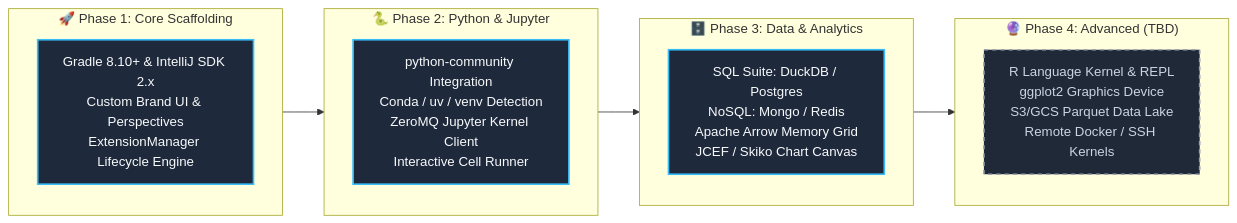
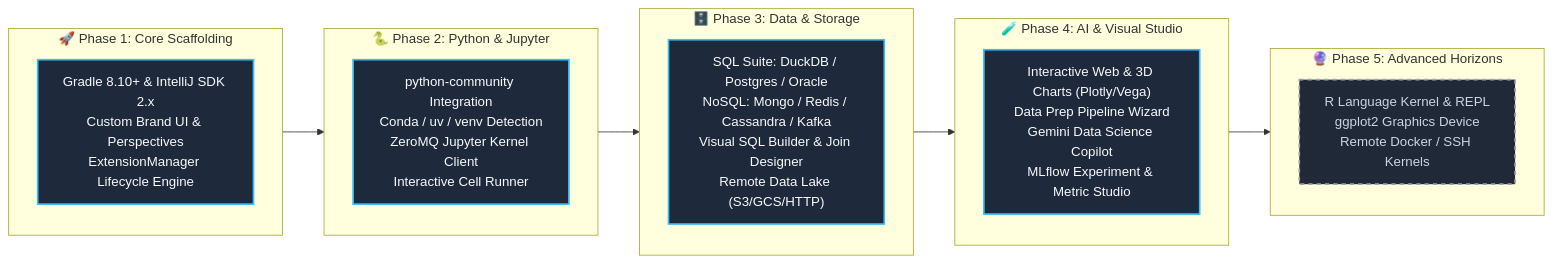
One commit to indoctrinatedrecluse/J-rmungandr changed the fourth of 4 diagrams in README.md. Above: the diagram before and after it, drawn with Mermaid. The commit also changed other lines of this file and 31 other files, not shown here.

First line of the commit message:
feat(analytics): add visual sql builder, data copilot, data lake explorer, and ml experiment studio

````diff
--- a/README.md
+++ b/README.md
@@ -257,27 +264,32 @@
 ```mermaid
 flowchart LR
     classDef phase fill:#1e293b,stroke:#38bdf8,stroke-width:2px,color:#f8fafc;
     classDef future fill:#1f2937,stroke:#9ca3af,stroke-width:2px,stroke-dasharray: 5 5,color:#cbd5e1;
 
     subgraph P1["🚀 Phase 1: Core Scaffolding"]
         M1["Gradle 8.10+ & IntelliJ SDK 2.x<br/>Custom Brand UI & Perspectives<br/>ExtensionManager Lifecycle Engine"]
     end
     class P1,M1 phase;
 
     subgraph P2["🐍 Phase 2: Python & Jupyter"]
         M2["python-community Integration<br/>Conda / uv / venv Detection<br/>ZeroMQ Jupyter Kernel Client<br/>Interactive Cell Runner"]
     end
     class P2,M2 phase;
 
-    subgraph P3["🗄️ Phase 3: Data & Analytics"]
-        M3["SQL Suite: DuckDB / Postgres<br/>NoSQL: Mongo / Redis<br/>Apache Arrow Memory Grid<br/>JCEF / Skiko Chart Canvas"]
+    subgraph P3["🗄️ Phase 3: Data & Storage"]
+        M3["SQL Suite: DuckDB / Postgres / Oracle<br/>NoSQL: Mongo / Redis / Cassandra / Kafka<br/>Visual SQL Builder & Join Designer<br/>Remote Data Lake (S3/GCS/HTTP)"]
     end
     class P3,M3 phase;
 
-    subgraph P4["🔮 Phase 4: Advanced (TBD)"]
-        M4["R Language Kernel & REPL<br/>ggplot2 Graphics Device<br/>S3/GCS Parquet Data Lake<br/>Remote Docker / SSH Kernels"]
+    subgraph P4["🧪 Phase 4: AI & Visual Studio"]
+        M4["Interactive Web & 3D Charts (Plotly/Vega)<br/>Data Prep Pipeline Wizard<br/>Gemini Data Science Copilot<br/>MLflow Experiment & Metric Studio"]
     end
-    class P4,M4 future;
+    class P4,M4 phase;
 
-    P1 --> P2 --> P3 --> P4
+    subgraph P5["🔮 Phase 5: Advanced Horizons"]
+        M5["R Language Kernel & REPL<br/>ggplot2 Graphics Device<br/>Remote Docker / SSH Kernels"]
+    end
+    class P5,M5 future;
+
+    P1 --> P2 --> P3 --> P4 --> P5
 ```
````
